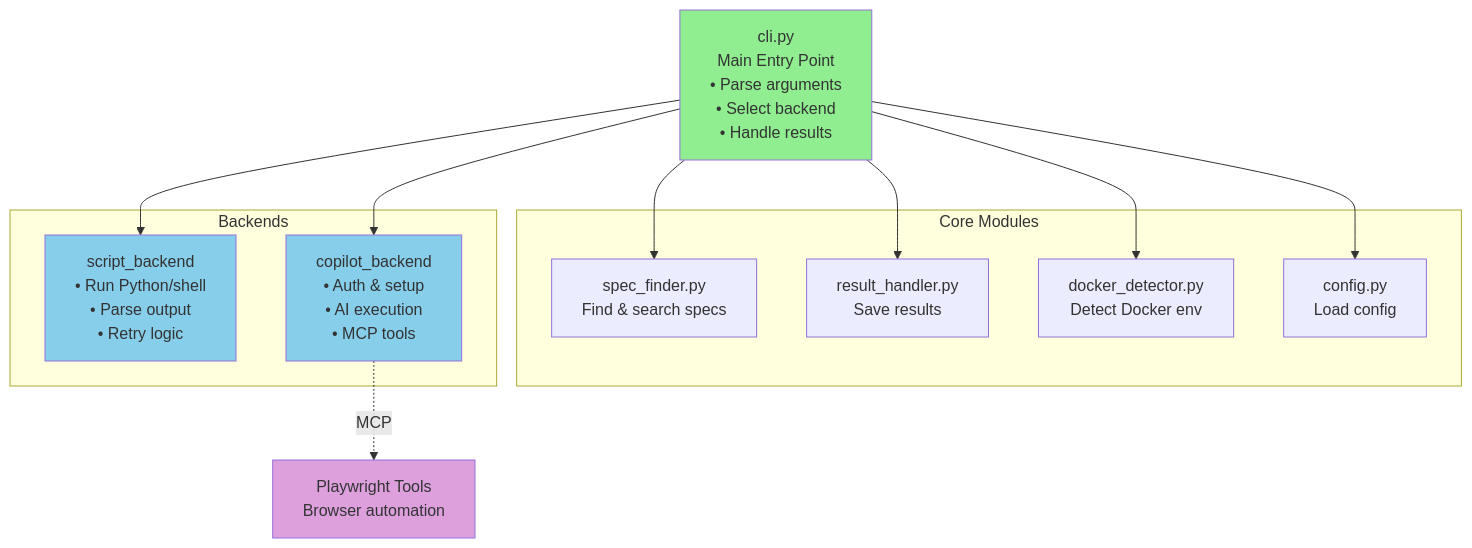
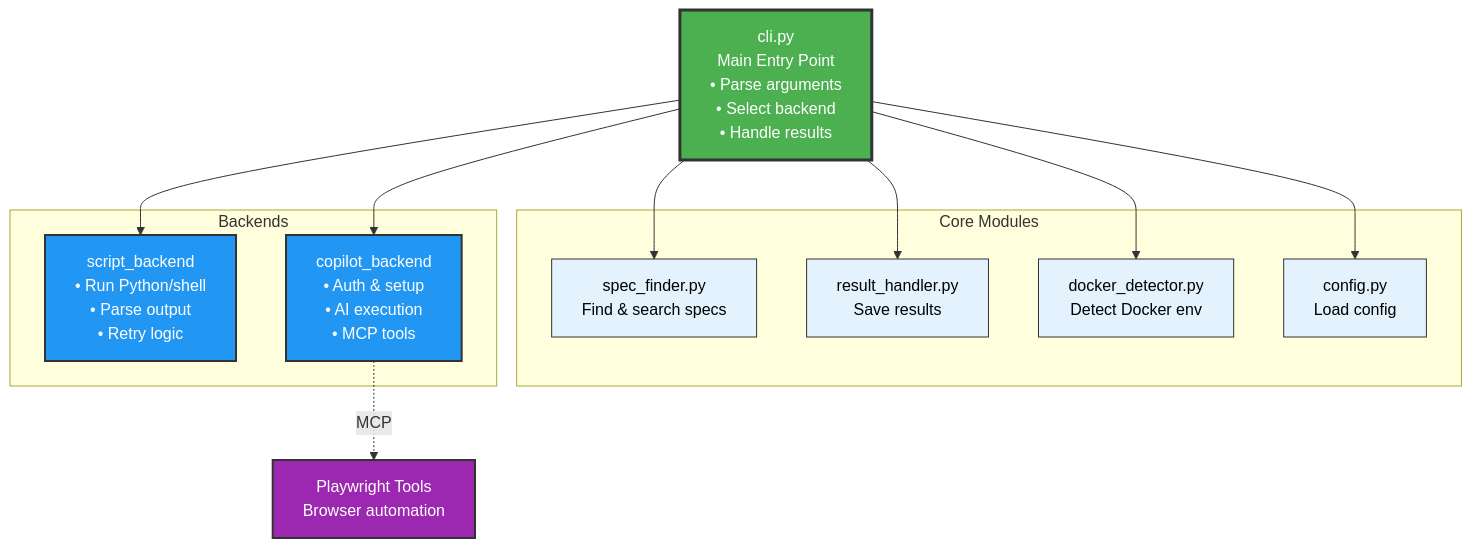
The second of 2 diagrams in docs/TEST_RUNNER_ARCHITECTURE.md (crawlab-team/crawlab-test), drawn with Mermaid before and after one commit. The commit also changed other lines of this file, not shown here.

Commit message:
docs: improve diagram contrast and readability
- Use darker colors with better contrast for text
- Add stroke borders to distinguish elements
- Use white text on dark backgrounds
- Use black text on light backgrounds

````diff
--- a/docs/TEST_RUNNER_ARCHITECTURE.md
+++ b/docs/TEST_RUNNER_ARCHITECTURE.md
@@ -28,30 +28,34 @@
 ```mermaid
 graph TB
     CLI[cli.py<br/>Main Entry Point<br/>• Parse arguments<br/>• Select backend<br/>• Handle results]
     
     subgraph "Core Modules"
         SF[spec_finder.py<br/>Find & search specs]
         RH[result_handler.py<br/>Save results]
         DD[docker_detector.py<br/>Detect Docker env]
         CF[config.py<br/>Load config]
     end
     
     subgraph "Backends"
         SB[script_backend<br/>• Run Python/shell<br/>• Parse output<br/>• Retry logic]
         CB[copilot_backend<br/>• Auth & setup<br/>• AI execution<br/>• MCP tools]
     end
     
     CLI --> SF
     CLI --> RH
     CLI --> DD
     CLI --> CF
     CLI --> SB
     CLI --> CB
     
     CB -.MCP.-> PT[Playwright Tools<br/>Browser automation]
     
-    style CLI fill:#90EE90
-    style SB fill:#87CEEB
-    style CB fill:#87CEEB
-    style PT fill:#DDA0DD
+    style CLI fill:#4CAF50,stroke:#333,stroke-width:3px,color:#fff
+    style SB fill:#2196F3,stroke:#333,stroke-width:2px,color:#fff
+    style CB fill:#2196F3,stroke:#333,stroke-width:2px,color:#fff
+    style PT fill:#9C27B0,stroke:#333,stroke-width:2px,color:#fff
+    style SF fill:#e3f2fd,stroke:#333,stroke-width:1px,color:#000
+    style RH fill:#e3f2fd,stroke:#333,stroke-width:1px,color:#000
+    style DD fill:#e3f2fd,stroke:#333,stroke-width:1px,color:#000
+    style CF fill:#e3f2fd,stroke:#333,stroke-width:1px,color:#000
 ```
````
